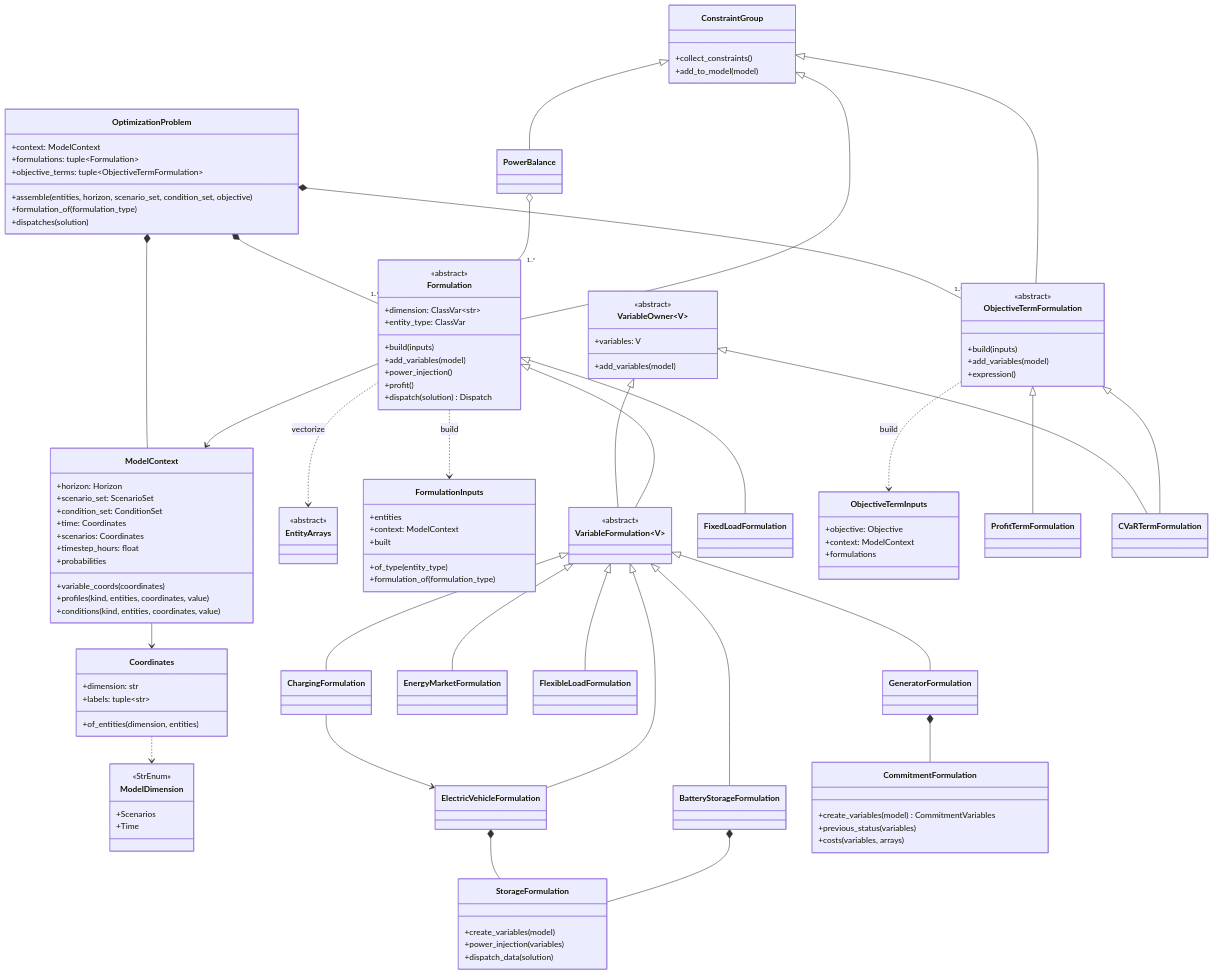
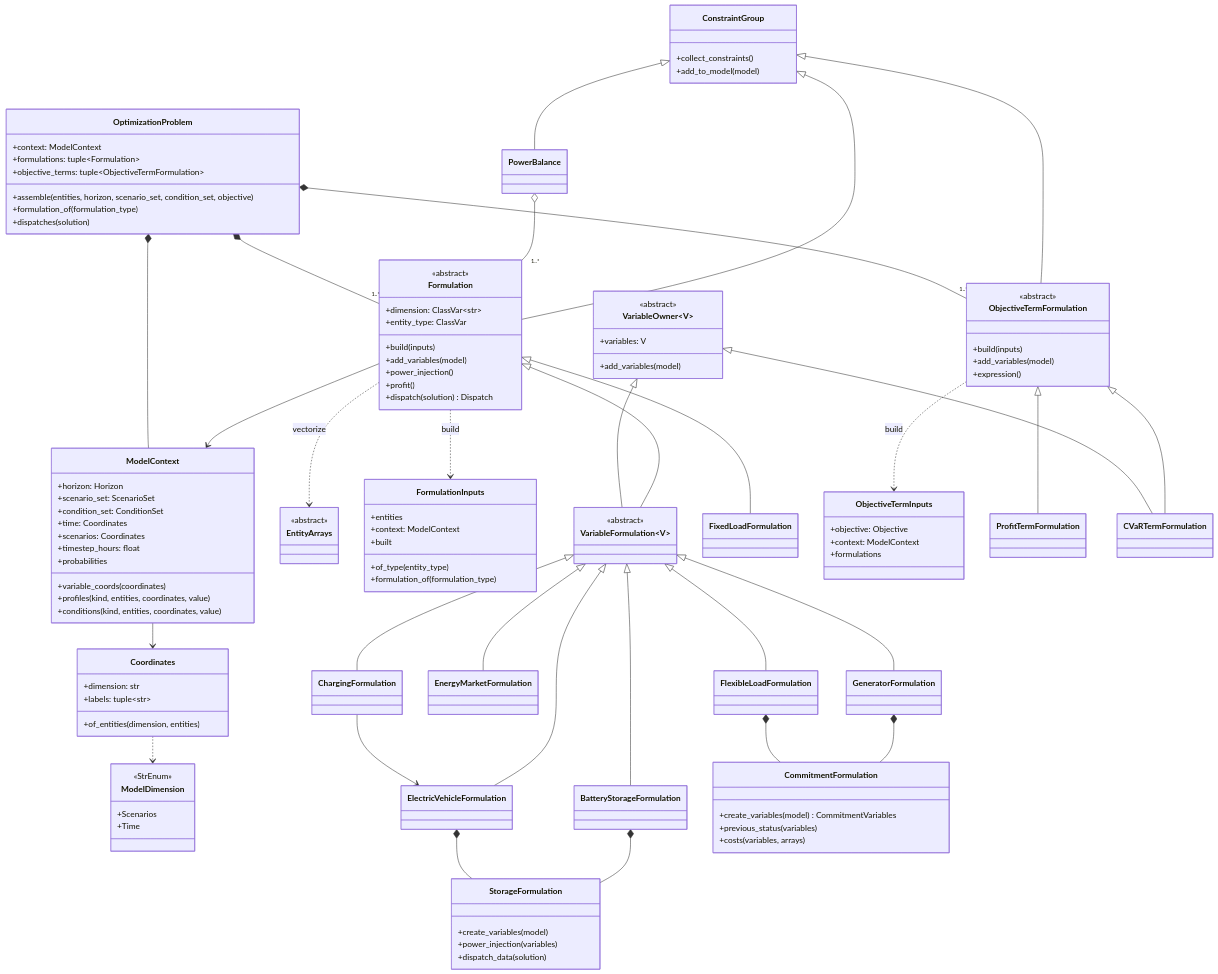
Before and after one commit to ramirocrc/odys: the second of 4 diagrams in docs/developer/data_model.md, drawn with Mermaid. The commit also changed other lines of this file and 20 other files, not shown here.

```diff
--- a/docs/developer/data_model.md
+++ b/docs/developer/data_model.md
@@ -370,6 +370,7 @@
     BatteryStorageFormulation *-- StorageFormulation
     ElectricVehicleFormulation *-- StorageFormulation
     GeneratorFormulation *-- CommitmentFormulation
+    FlexibleLoadFormulation *-- CommitmentFormulation
     ChargingFormulation --> ElectricVehicleFormulation
     Formulation --> ModelContext
     Formulation ..> EntityArrays : vectorize
```
